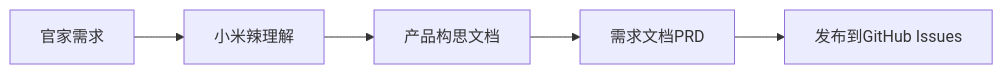
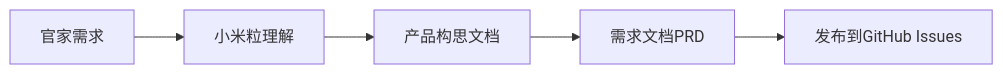
The first of 6 diagrams in docs/archive/双米粒/DUAL_MILI_SYSTEM_V3_INTEGRATED.md (zhaog100/openclaw-skills), drawn with Mermaid before and after one commit. The commit also changed other lines of this file and 461 other files, not shown here.

````diff
--- a/docs/archive/双米粒/DUAL_MILI_SYSTEM_V3_INTEGRATED.md
+++ b/docs/archive/双米粒/DUAL_MILI_SYSTEM_V3_INTEGRATED.md
@@ -66,7 +66,7 @@
 ```mermaid
 graph LR
-    A[官家需求] --> B[小米辣理解]
+    A[官家需求] --> B[小米粒理解]
     B --> C[产品构思文档]
     C --> D[需求文档PRD]
     D --> E[发布到GitHub Issues]
 ```
````
